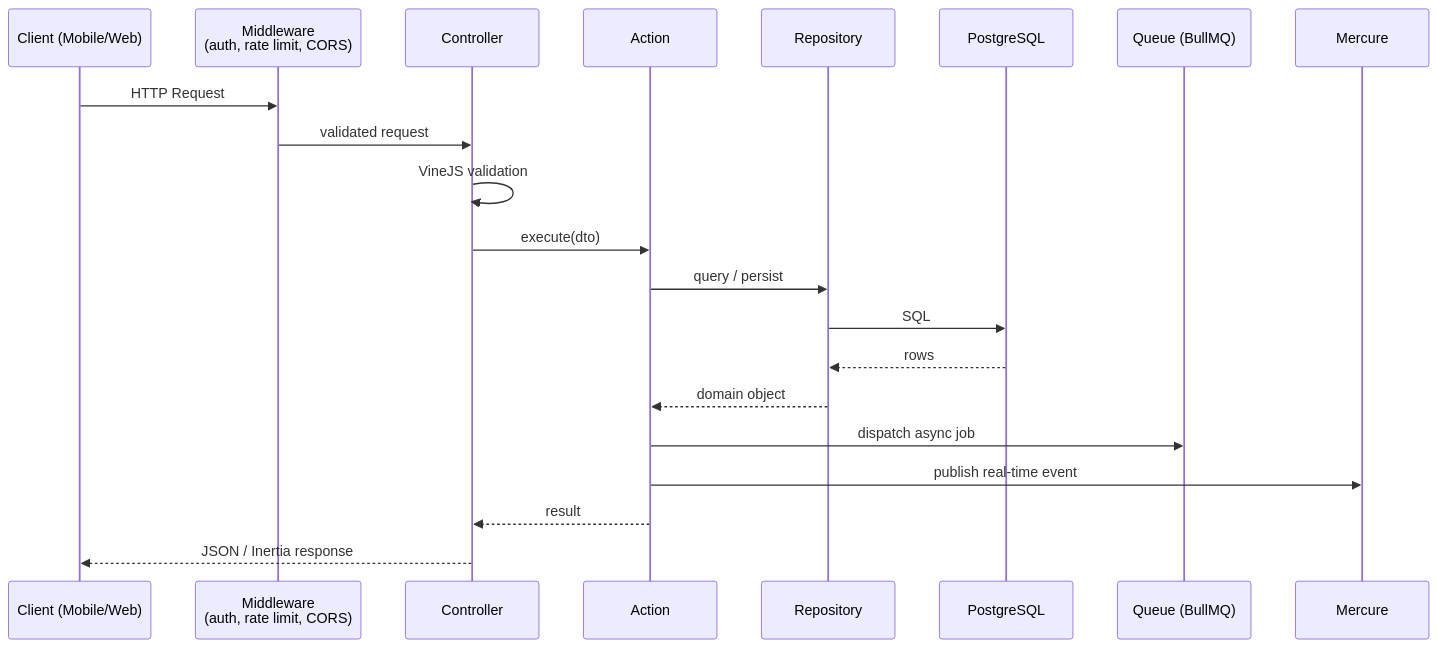
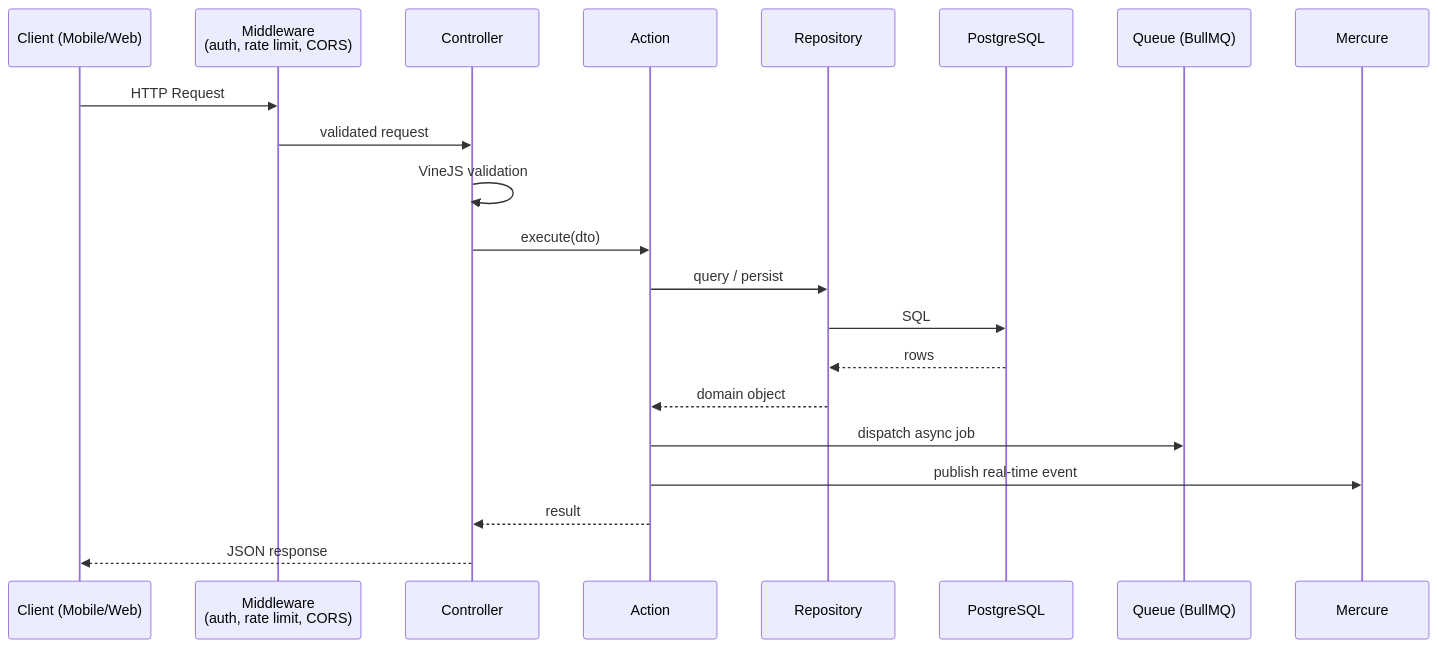
One commit to mdsiha/hallego-showcase changed the diagram in docs/adr/0005-action-controller-repository.md. Above: the diagram before and after it, drawn with Mermaid. The commit also changed other lines of this file and 9 other files, not shown here.

````diff
--- a/docs/adr/0005-action-controller-repository.md
+++ b/docs/adr/0005-action-controller-repository.md
@@ -64,24 +64,24 @@
 ```mermaid
 sequenceDiagram
     participant C as Client (Mobile/Web)
     participant MW as Middleware<br/>(auth, rate limit, CORS)
     participant CTRL as Controller
     participant ACT as Action
     participant REPO as Repository
     participant DB as PostgreSQL
     participant Q as Queue (BullMQ)
     participant M as Mercure
 
     C->>MW: HTTP Request
     MW->>CTRL: validated request
     CTRL->>CTRL: VineJS validation
     CTRL->>ACT: execute(dto)
     ACT->>REPO: query / persist
     REPO->>DB: SQL
     DB-->>REPO: rows
     REPO-->>ACT: domain object
     ACT->>Q: dispatch async job
     ACT->>M: publish real-time event
     ACT-->>CTRL: result
-    CTRL-->>C: JSON / Inertia response
+    CTRL-->>C: JSON response
 ```
````
